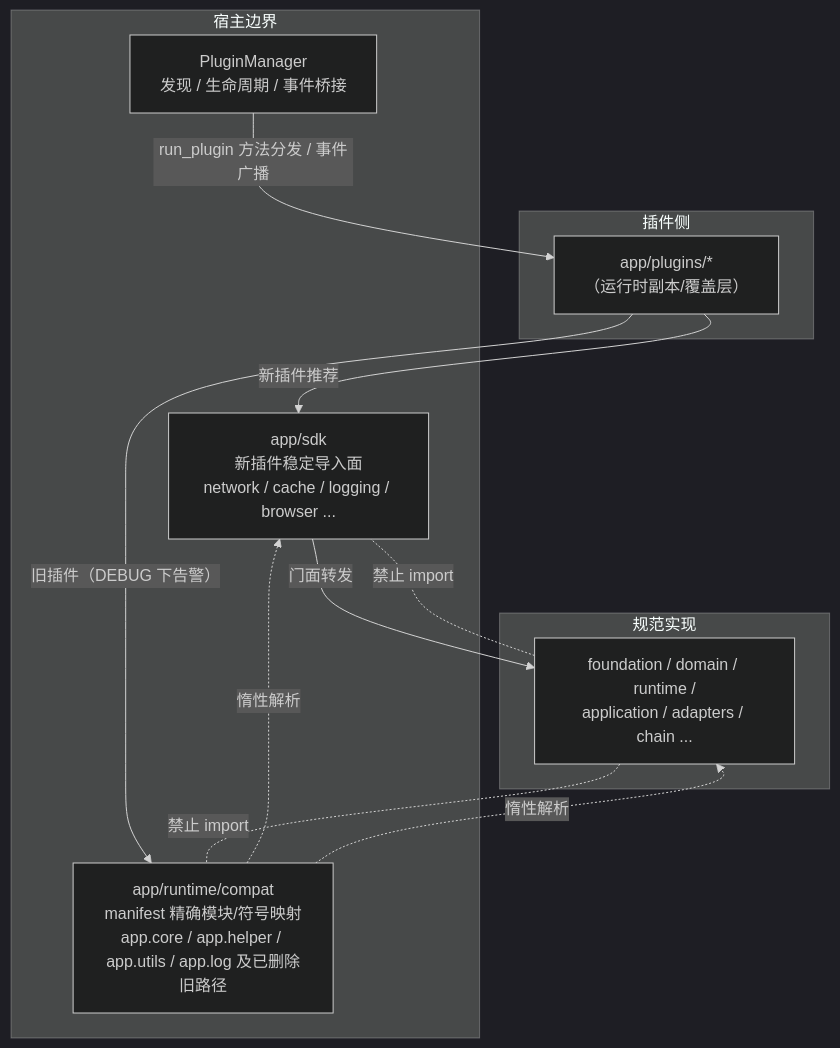
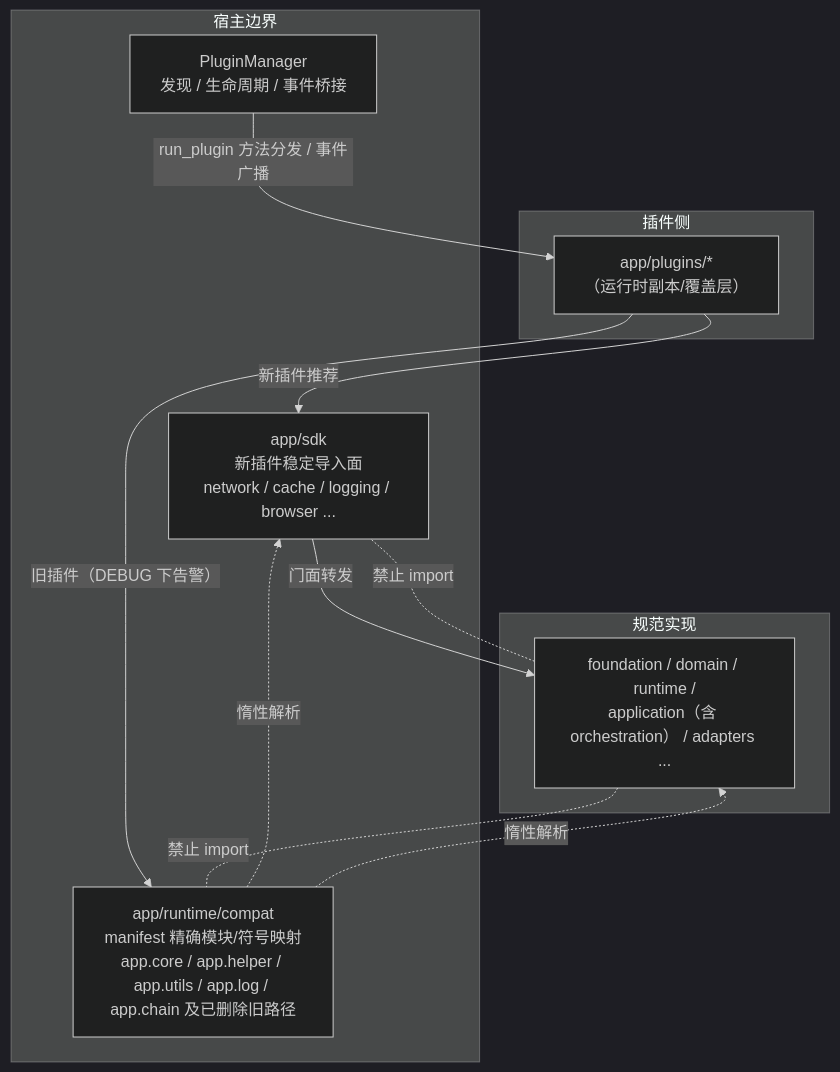
Diagram 13 of 14 in docs/architecture-overview.md (jxxghp/MoviePilot), drawn with Mermaid (dark theme) before and after one commit. The commit also changed other lines of this file and 28 other files, not shown here.

````diff
--- a/docs/architecture-overview.md
+++ b/docs/architecture-overview.md
@@ -514,25 +524,25 @@
 ```mermaid
 flowchart TB
     subgraph 插件侧
         P["app/plugins/*<br/>（运行时副本/覆盖层）"]
     end
 
     subgraph 宿主边界
         SDK["app/sdk<br/>新插件稳定导入面<br/>network / cache / logging / browser ..."]
-        Compat["app/runtime/compat<br/>manifest 精确模块/符号映射<br/>app.core / app.helper / app.utils / app.log 及已删除旧路径"]
+        Compat["app/runtime/compat<br/>manifest 精确模块/符号映射<br/>app.core / app.helper / app.utils / app.log / app.chain 及已删除旧路径"]
         PM["PluginManager<br/>发现 / 生命周期 / 事件桥接"]
     end
 
     subgraph 规范实现
-        Canonical["foundation / domain / runtime /<br/>application / adapters / chain ..."]
+        Canonical["foundation / domain / runtime /<br/>application（含 orchestration） / adapters ..."]
     end
 
     P -->|新插件推荐| SDK
     P -->|旧插件（DEBUG 下告警）| Compat
     SDK -->|门面转发| Canonical
     Compat -.惰性解析.-> SDK
     Compat -.惰性解析.-> Canonical
     PM -->|run_plugin 方法分发 / 事件广播| P
     Canonical -.-|禁止 import| Compat
     Canonical -.-|禁止 import| SDK
 ```
````
